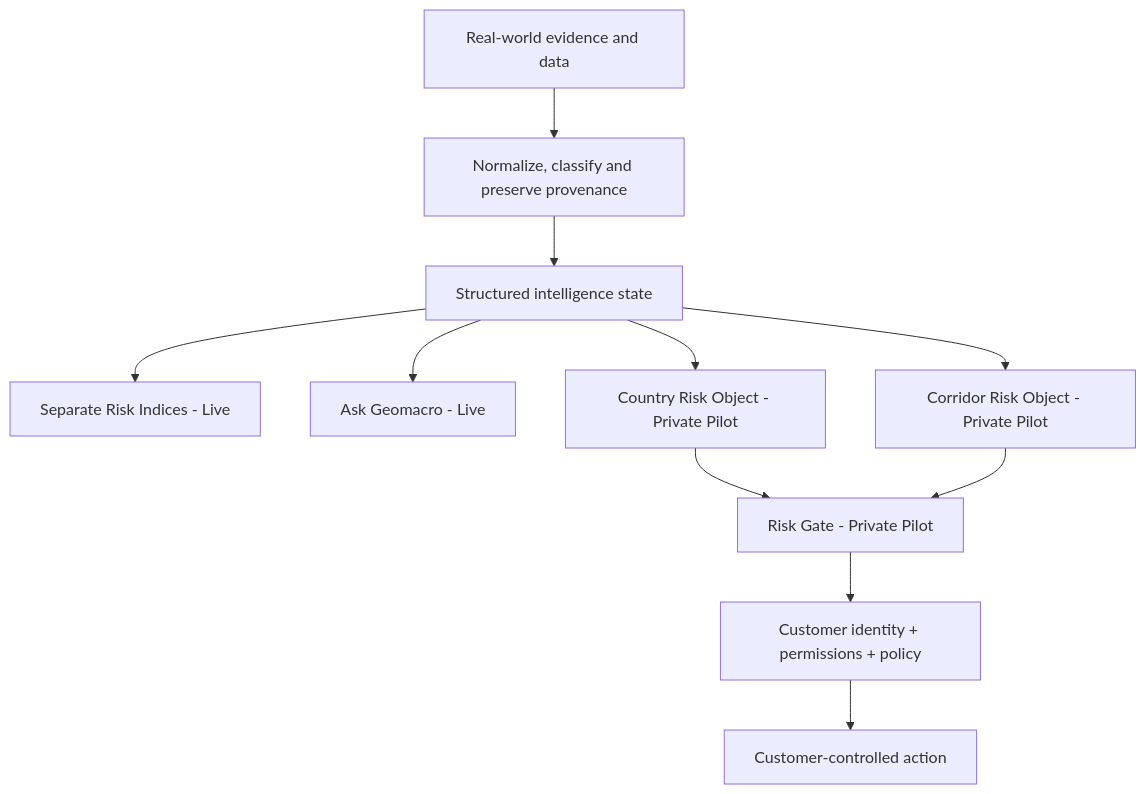
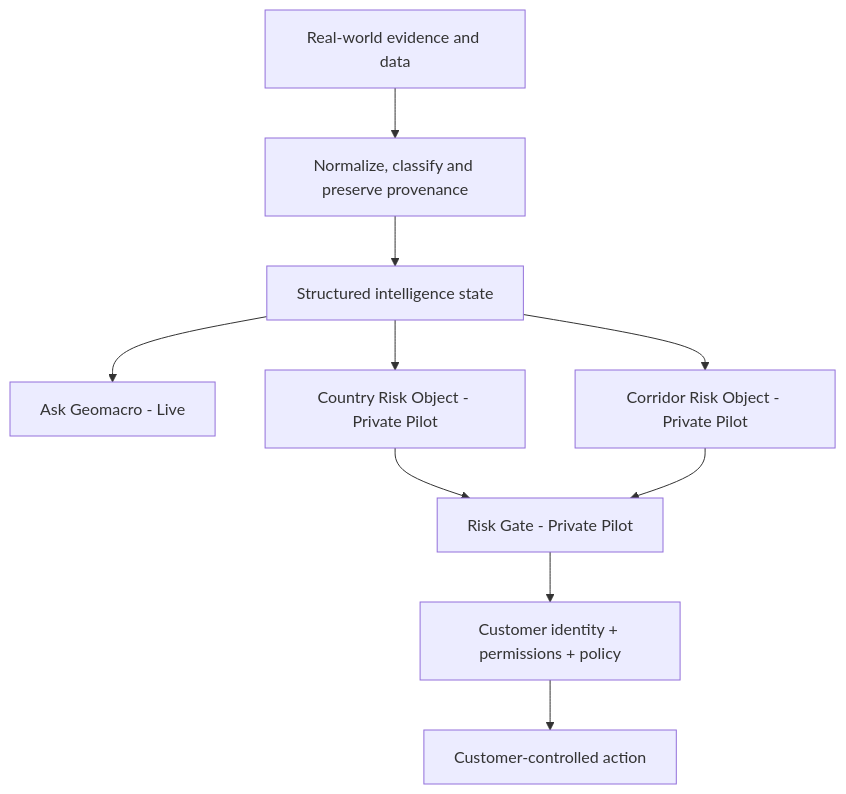
One commit to blocknine0/geomacro changed the diagram in src/content/docs/01-what-is-geomacro.md. Above: the diagram before and after it, drawn with Mermaid. The commit also changed other lines of this file and 7 other files, not shown here.

````diff
--- a/src/content/docs/01-what-is-geomacro.md
+++ b/src/content/docs/01-what-is-geomacro.md
@@ -7,13 +7,12 @@
 ```mermaid
 flowchart TD
     EVIDENCE["Real-world evidence and data"] --> NORMALIZE["Normalize, classify and preserve provenance"]
     NORMALIZE --> STATE["Structured intelligence state"]
-    STATE --> INDICES["Separate Risk Indices - Live"]
     STATE --> ASK["Ask Geomacro - Live"]
     STATE --> COUNTRY["Country Risk Object - Private Pilot"]
     STATE --> CORRIDOR["Corridor Risk Object - Private Pilot"]
     COUNTRY --> GATE["Risk Gate - Private Pilot"]
     CORRIDOR --> GATE
     GATE --> POLICY["Customer identity + permissions + policy"]
     POLICY --> ACTION["Customer-controlled action"]
 ```
````
